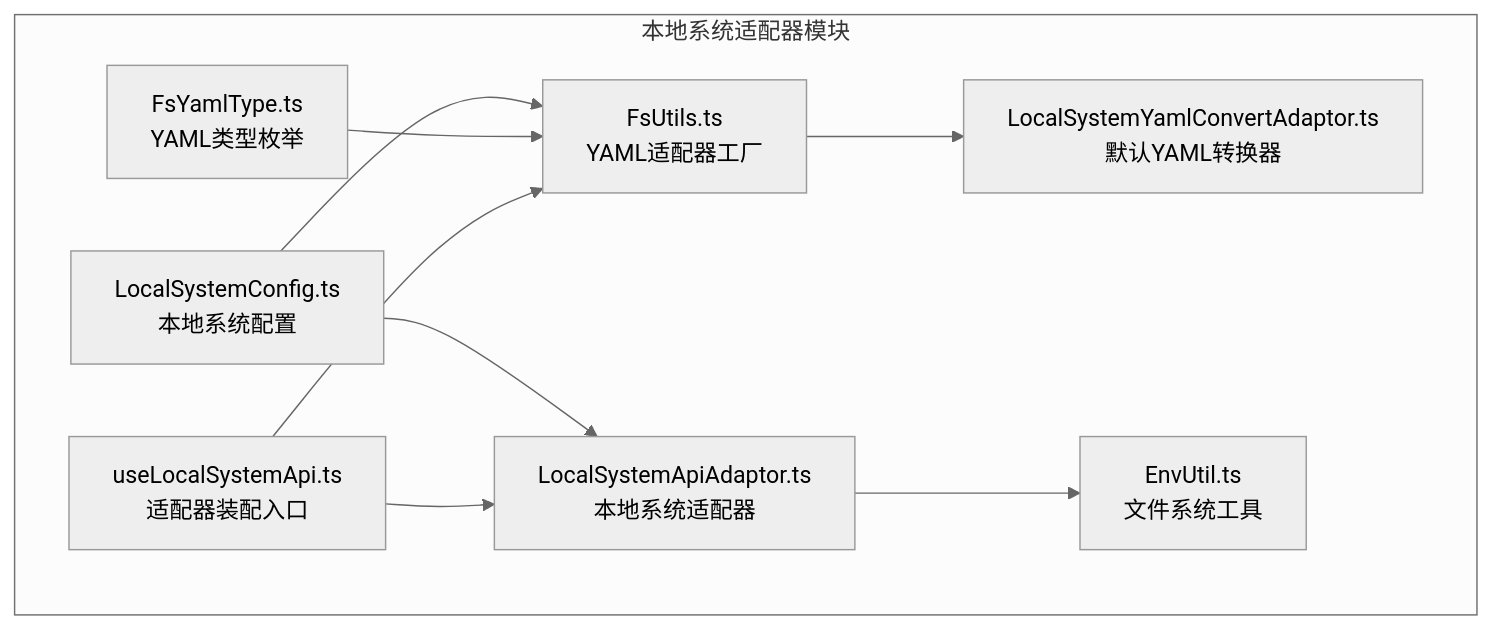
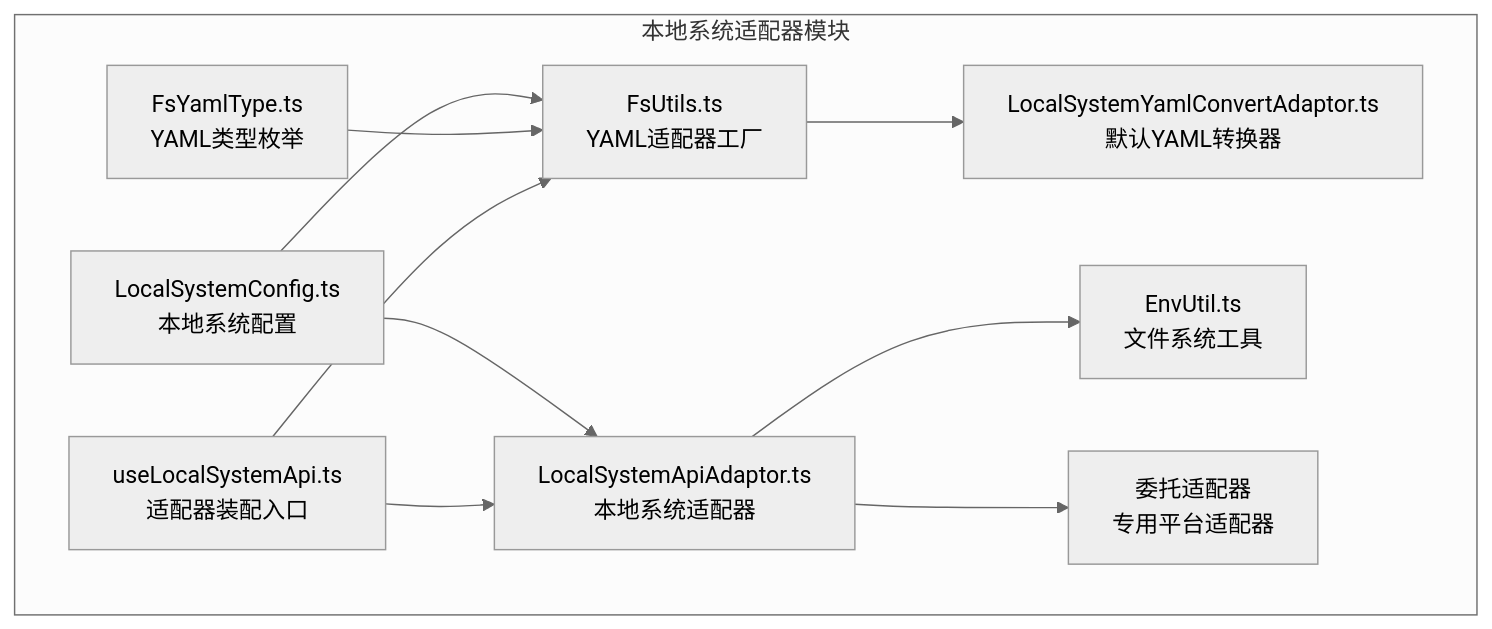
The first of 6 diagrams in .qoder/repowiki/zh/content/平台适配器系统/文件系统适配器.md (terwer/siyuan-plugin-publisher), drawn with Mermaid (neutral theme) before and after one commit. The commit also changed other lines of this file and 5 other files, not shown here.

````diff
--- a/.qoder/repowiki/zh/content/平台适配器系统/文件系统适配器.md
+++ b/.qoder/repowiki/zh/content/平台适配器系统/文件系统适配器.md
@@ -42,19 +59,21 @@
 ```mermaid
 graph TB
 subgraph "本地系统适配器模块"
 CFG["LocalSystemConfig.ts<br/>本地系统配置"]
 AD["LocalSystemApiAdaptor.ts<br/>本地系统适配器"]
 YAD["LocalSystemYamlConvertAdaptor.ts<br/>默认YAML转换器"]
 FSU["FsUtils.ts<br/>YAML适配器工厂"]
 UTL["EnvUtil.ts<br/>文件系统工具"]
 USE["useLocalSystemApi.ts<br/>适配器装配入口"]
 FST["FsYamlType.ts<br/>YAML类型枚举"]
+DELEGATE["委托适配器<br/>专用平台适配器"]
 end
 CFG --> AD
 CFG --> FSU
 FST --> FSU
 FSU --> YAD
 AD --> UTL
+AD --> DELEGATE
 USE --> AD
 USE --> FSU
 ```
````
